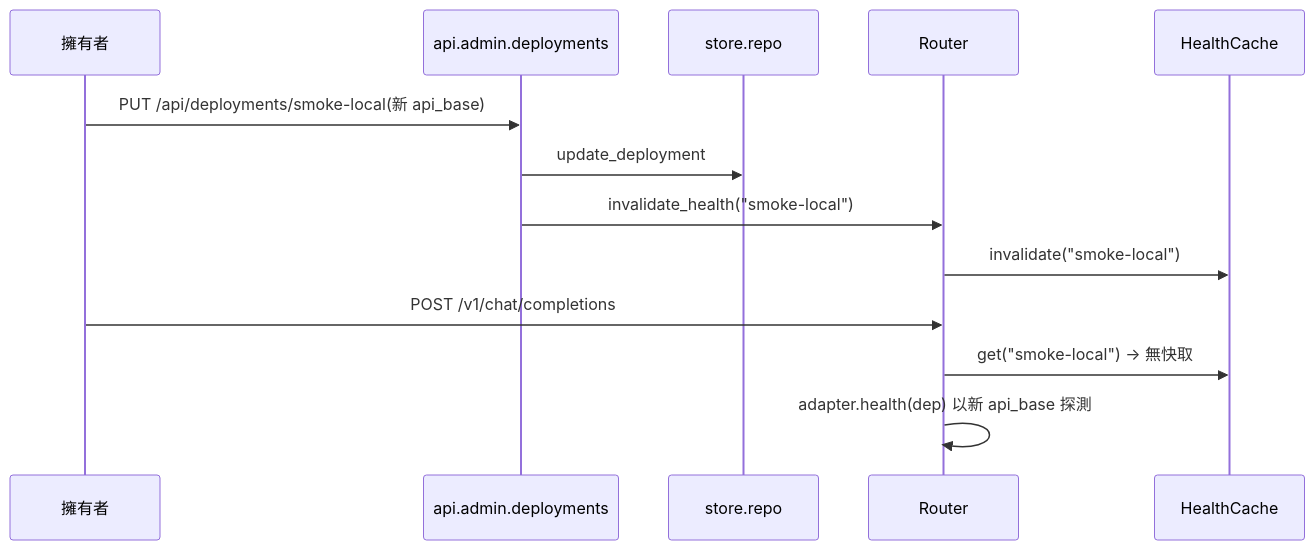
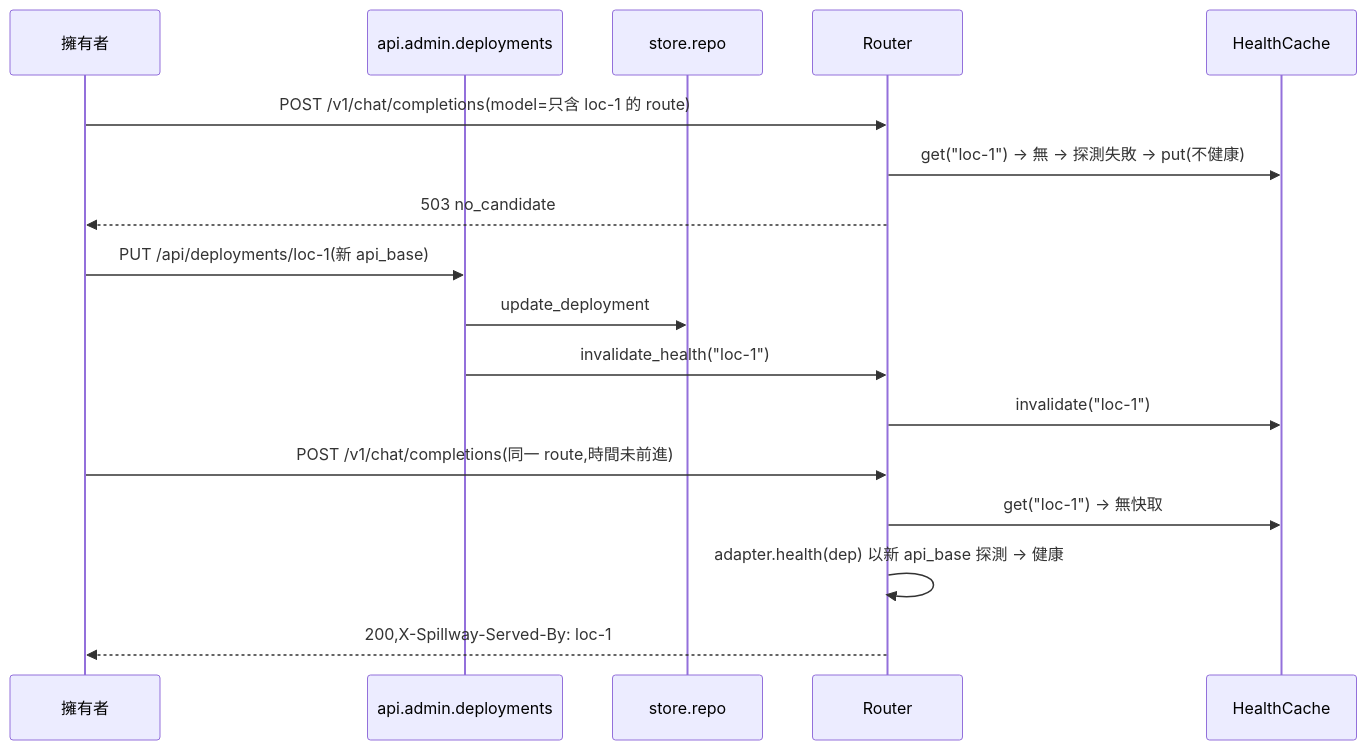
One commit to kamira/spillway changed the second of 3 diagrams in sdlc_docs/changes/CHG-20261101-02.md. Above: the diagram before and after it, drawn with Mermaid. The commit also changed other lines of this file and 1 other file, not shown here.

````diff
--- a/sdlc_docs/changes/CHG-20261101-02.md
+++ b/sdlc_docs/changes/CHG-20261101-02.md
@@ -86,15 +87,19 @@
 ```mermaid
 sequenceDiagram
   participant C as 擁有者
   participant A as api.admin.deployments
   participant DB as store.repo
   participant R as Router
   participant H as HealthCache
-  C->>A: PUT /api/deployments/smoke-local(新 api_base)
+  C->>R: POST /v1/chat/completions(model=只含 loc-1 的 route)
+  R->>H: get("loc-1") → 無 → 探測失敗 → put(不健康)
+  R-->>C: 503 no_candidate
+  C->>A: PUT /api/deployments/loc-1(新 api_base)
   A->>DB: update_deployment
-  A->>R: invalidate_health("smoke-local")
-  R->>H: invalidate("smoke-local")
-  C->>R: POST /v1/chat/completions
-  R->>H: get("smoke-local") → 無快取
-  R->>R: adapter.health(dep) 以新 api_base 探測
+  A->>R: invalidate_health("loc-1")
+  R->>H: invalidate("loc-1")
+  C->>R: POST /v1/chat/completions(同一 route,時間未前進)
+  R->>H: get("loc-1") → 無快取
+  R->>R: adapter.health(dep) 以新 api_base 探測 → 健康
+  R-->>C: 200,X-Spillway-Served-By: loc-1
 ```
````
